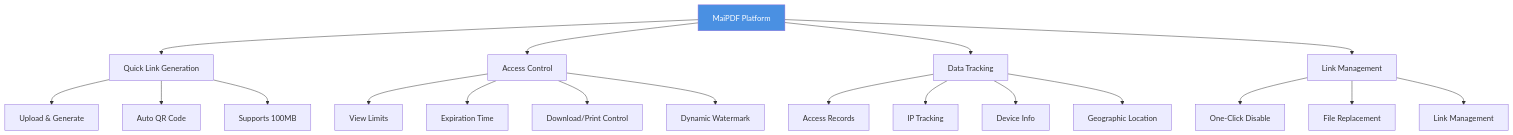
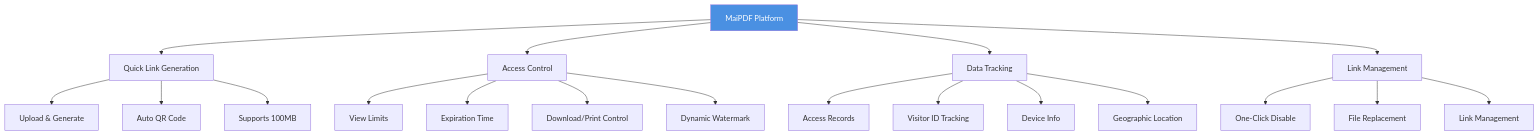
The second of 12 diagrams in src/content/blog/en/pdf-sharing-introduction.md (mythenigma/cloudflareAstro), drawn with Mermaid before and after one commit. The commit also changed other lines of this file and 353 other files, not shown here.

````diff
--- a/src/content/blog/en/pdf-sharing-introduction.md
+++ b/src/content/blog/en/pdf-sharing-introduction.md
@@ -51,27 +51,27 @@
 ```mermaid
 flowchart TD
     A[MaiPDF Platform] --> B[Quick Link Generation]
     A --> C[Access Control]
     A --> D[Data Tracking]
     A --> E[Link Management]
     
     B --> B1[Upload & Generate]
     B --> B2[Auto QR Code]
     B --> B3[Supports 100MB]
     
     C --> C1[View Limits]
     C --> C2[Expiration Time]
     C --> C3[Download/Print Control]
     C --> C4[Dynamic Watermark]
     
     D --> D1[Access Records]
-    D --> D2[IP Tracking]
+    D --> D2[Visitor ID Tracking]
     D --> D3[Device Info]
     D --> D4[Geographic Location]
     
     E --> E1[One-Click Disable]
     E --> E2[File Replacement]
     E --> E3[Link Management]
     
     style A fill:#4A90E2,color:#fff
 ```
````
